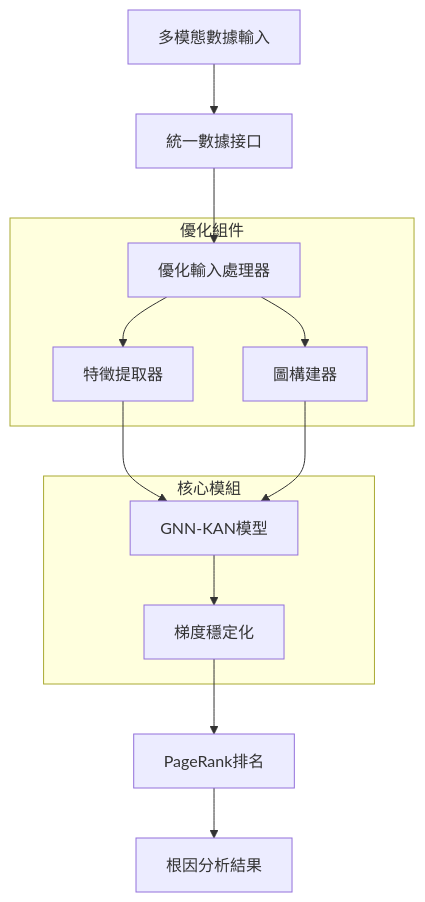
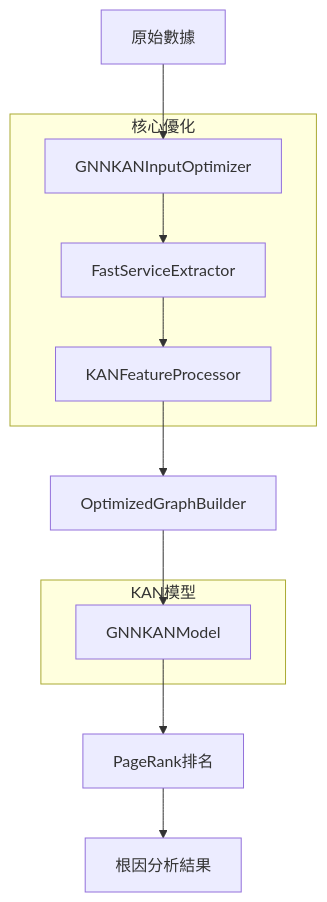
The diagram in GNN_KAN_完整指南.md (rich7420/RCAEval), drawn with Mermaid before and after one commit. The commit also changed other lines of this file, not shown here.

````diff
--- a/GNN_KAN_完整指南.md
+++ b/GNN_KAN_完整指南.md
@@ -538,23 +139,20 @@
 ```mermaid
 graph TB
-    A[多模態數據輸入] --> B[統一數據接口]
-    B --> C[優化輸入處理器]
-    C --> D[特徵提取器]
-    C --> E[圖構建器]
-    D --> F[GNN-KAN模型]
-    E --> F
-    F --> G[梯度穩定化]
-    G --> H[PageRank排名]
-    H --> I[根因分析結果]
+    A[原始數據] --> B[GNNKANInputOptimizer]
+    B --> C[FastServiceExtractor]
+    C --> D[KANFeatureProcessor]
+    D --> E[OptimizedGraphBuilder]
+    E --> F[GNNKANModel]
+    F --> G[PageRank排名]
+    G --> H[根因分析結果]
     
-    subgraph "核心模組"
-        F
-        G
+    subgraph "核心優化"
+        B
+        C
+        D
     end
     
-    subgraph "優化組件"
-        C
-        D
-        E
+    subgraph "KAN模型"
+        F
     end
 ```
````
